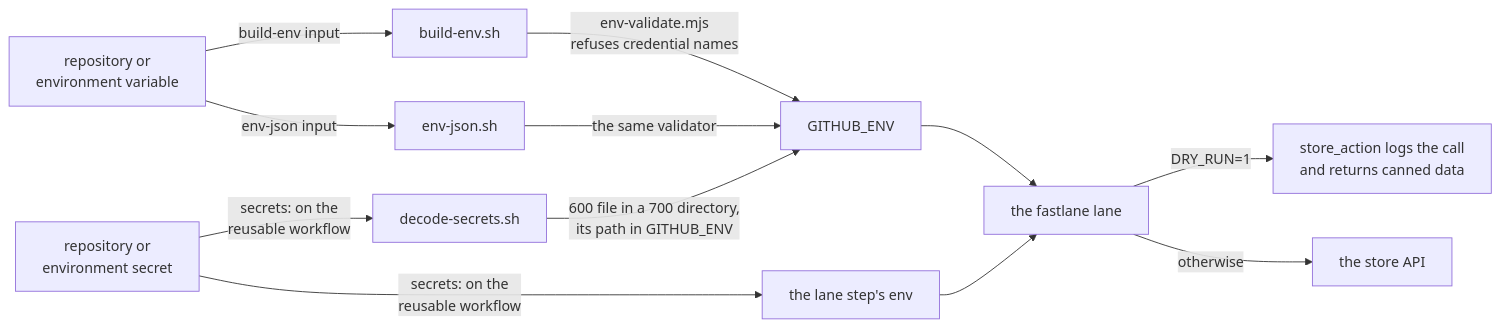
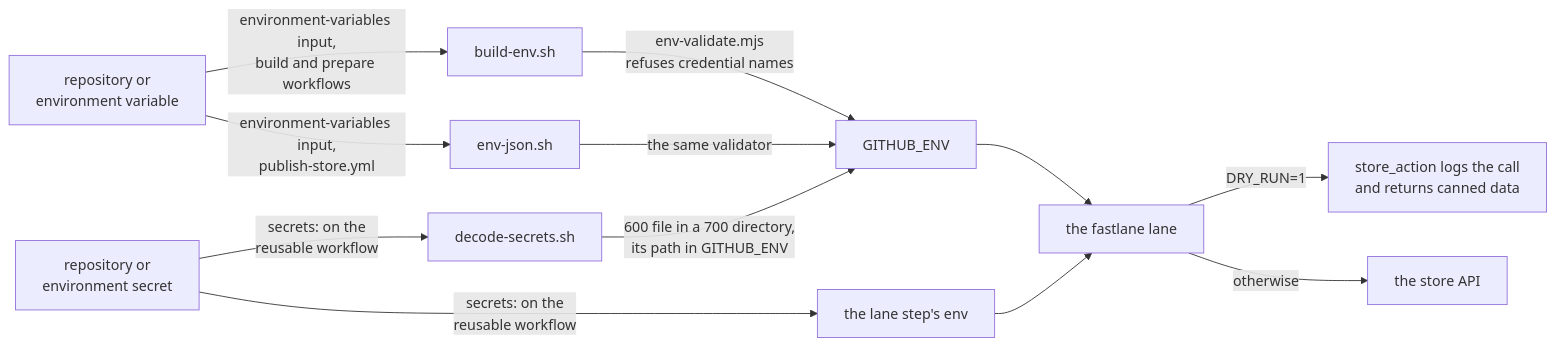
One commit to blinkbitcoin/react-native-mobile-template changed the second of 2 diagrams in docs/release-runbook.md. Above: the diagram before and after it, drawn with Mermaid. The commit also changed other lines of this file and 130 other files, not shown here.

````diff
--- a/docs/release-runbook.md
+++ b/docs/release-runbook.md
@@ -641,16 +649,16 @@
 ```mermaid
 flowchart LR
-  var["repository or<br/>environment variable"] -->|"build-env input"| bev["build-env.sh"]
-  var -->|"env-json input"| ejs["env-json.sh"]
+  var["repository or<br/>environment variable"] -->|"environment-variables input,<br/>build and prepare workflows"| bev["build-env.sh"]
+  var -->|"environment-variables input,<br/>publish-store.yml"| ejs["env-json.sh"]
   sec["repository or<br/>environment secret"] -->|"secrets: on the<br/>reusable workflow"| dec["decode-secrets.sh"]
   sec -->|"secrets: on the<br/>reusable workflow"| step["the lane step's env"]
 
   bev -->|"env-validate.mjs<br/>refuses credential names"| genv["GITHUB_ENV"]
   ejs -->|"the same validator"| genv
   dec -->|"600 file in a 700 directory,<br/>its path in GITHUB_ENV"| genv
   genv --> lane["the fastlane lane"]
   step --> lane
 
   lane -->|"DRY_RUN=1"| dry["store_action logs the call<br/>and returns canned data"]
   lane -->|"otherwise"| api["the store API"]
 ```
````
